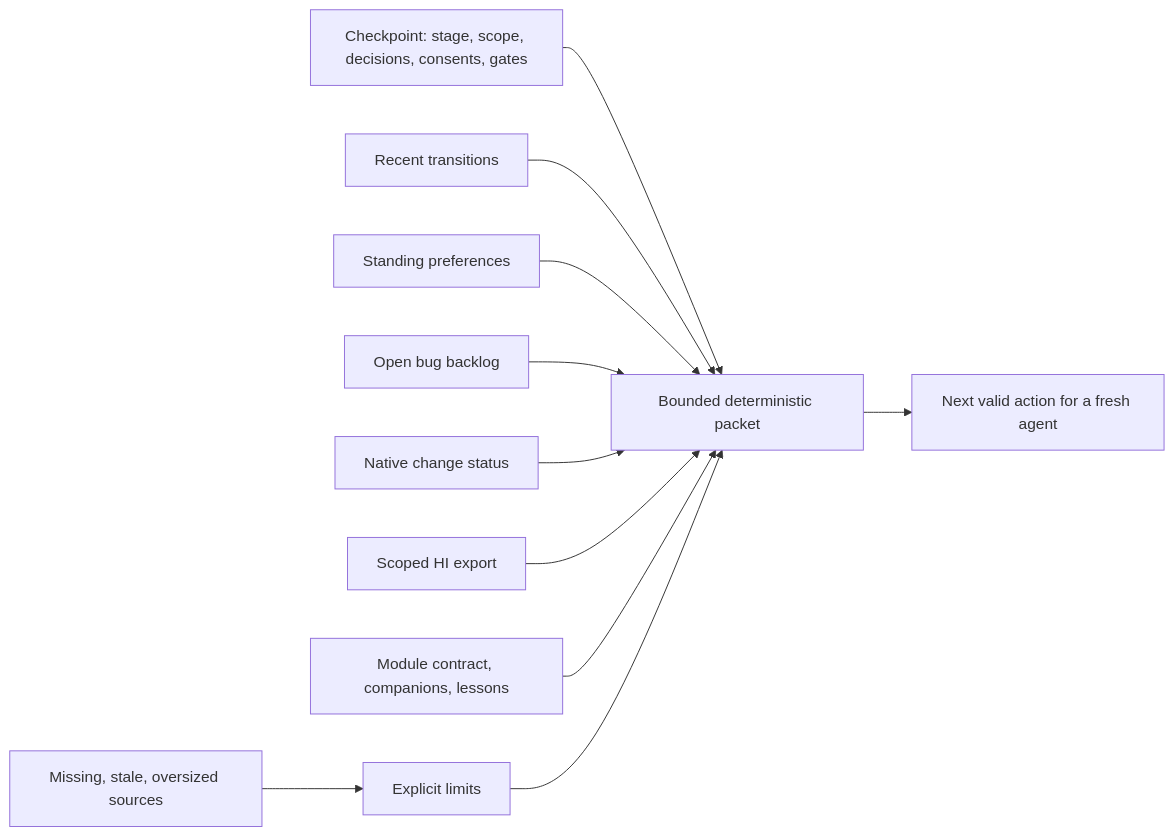
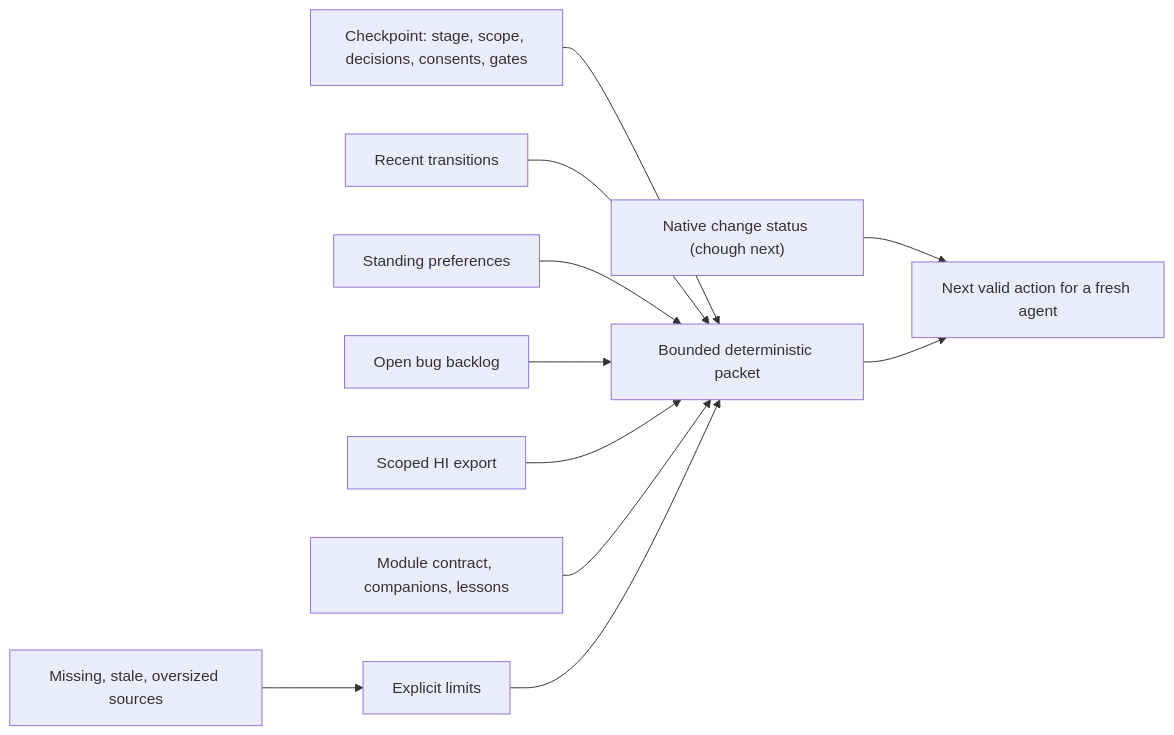
The diagram in docs/diagrams/context.mmd (CorvidLabs/chough), drawn with Mermaid before and after one commit. The commit also changed 19 other files, not shown here.

```diff
--- a/docs/diagrams/context.mmd
+++ b/docs/diagrams/context.mmd
@@ -1,11 +1,11 @@
 flowchart LR
     checkpoint["Checkpoint: stage, scope, decisions, consents, gates"] --> packet["Bounded deterministic packet"]
     transitions["Recent transitions"] --> packet
     prefs["Standing preferences"] --> packet
     bugs["Open bug backlog"] --> packet
-    native["Native change status"] --> packet
+    native["Native change status (chough next)"] --> next
     hi["Scoped HI export"] --> packet
     modules["Module contract, companions, lessons"] --> packet
     missing["Missing, stale, oversized sources"] --> limits["Explicit limits"]
     limits --> packet
     packet --> next["Next valid action for a fresh agent"]
```
